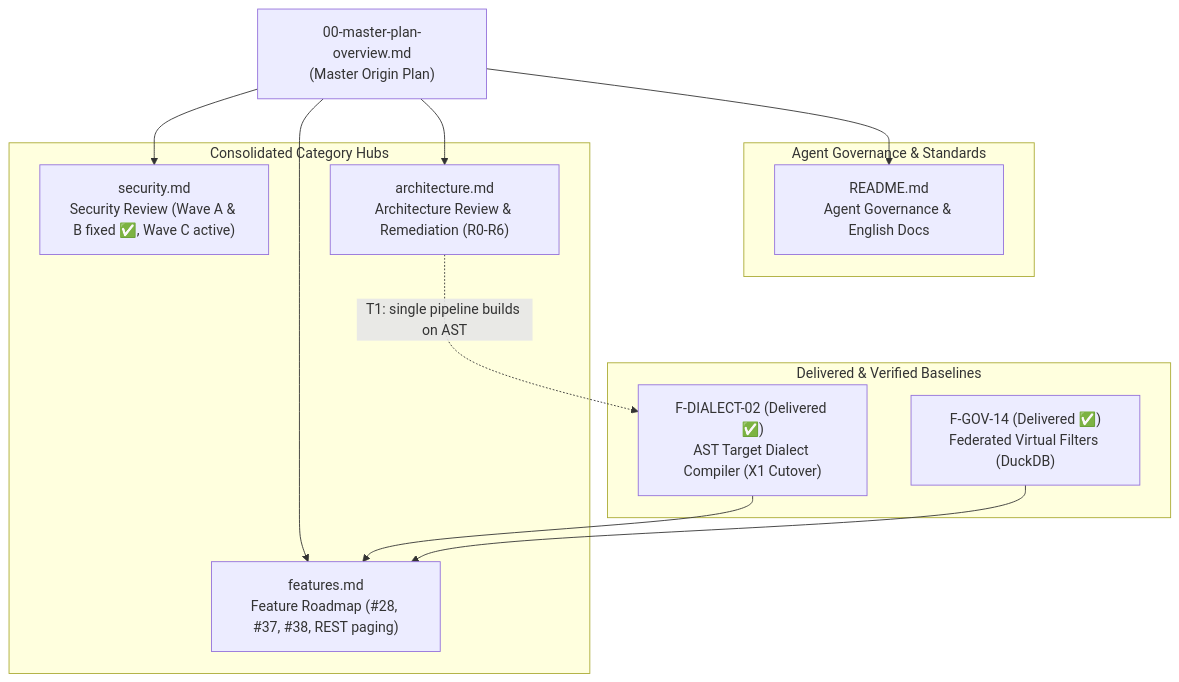
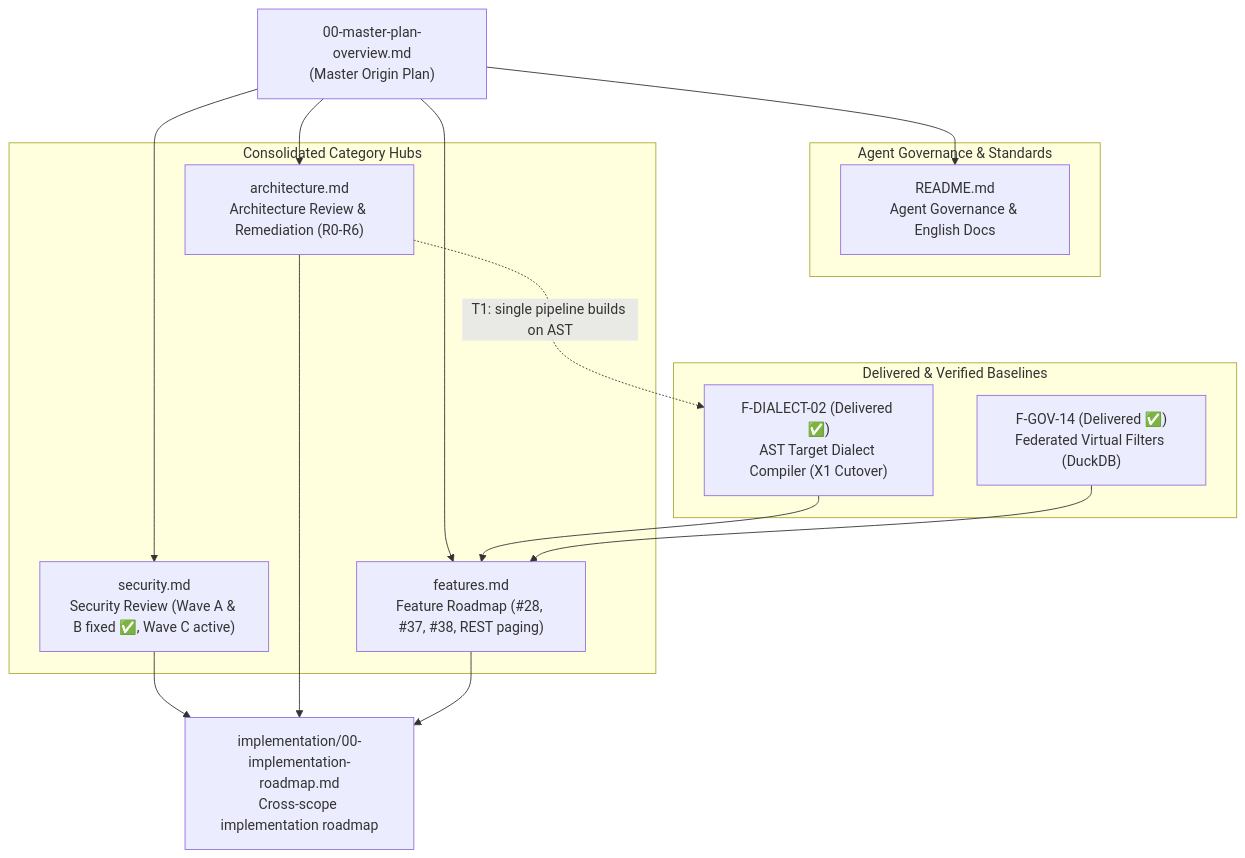
The diagram in docs/plans/00-master-plan-overview.md (themulle/autheris), drawn with Mermaid before and after one commit. The commit also changed other lines of this file and 10 other files, not shown here.

First line of the commit message:
docs(plans): add architect implementation plans and cross-scope roadmap

````diff
--- a/docs/plans/00-master-plan-overview.md
+++ b/docs/plans/00-master-plan-overview.md
@@ -40,27 +41,31 @@
 ```mermaid
 flowchart TD
     MP["00-master-plan-overview.md<br/>(Master Origin Plan)"]
 
     subgraph Governance ["Agent Governance & Standards"]
         AG["README.md<br/>Agent Governance & English Docs"]
     end
 
     subgraph Categories ["Consolidated Category Hubs"]
         SR["security.md<br/>Security Review (Wave A & B fixed ✅, Wave C active)"]
         AR["architecture.md<br/>Architecture Review & Remediation (R0-R6)"]
         FT["features.md<br/>Feature Roadmap (#28, #37, #38, REST paging)"]
     end
 
     subgraph Delivered ["Delivered & Verified Baselines"]
         ADG["F-DIALECT-02 (Delivered ✅)<br/>AST Target Dialect Compiler (X1 Cutover)"]
         VF["F-GOV-14 (Delivered ✅)<br/>Federated Virtual Filters (DuckDB)"]
     end
 
     MP --> AG
     MP --> SR
     MP --> AR
     MP --> FT
+    IR["implementation/00-implementation-roadmap.md<br/>Cross-scope implementation roadmap"]
+    SR --> IR
+    AR --> IR
+    FT --> IR
     ADG --> FT
     VF --> FT
     AR -.->|"T1: single pipeline builds on AST"| ADG
 ```
````
